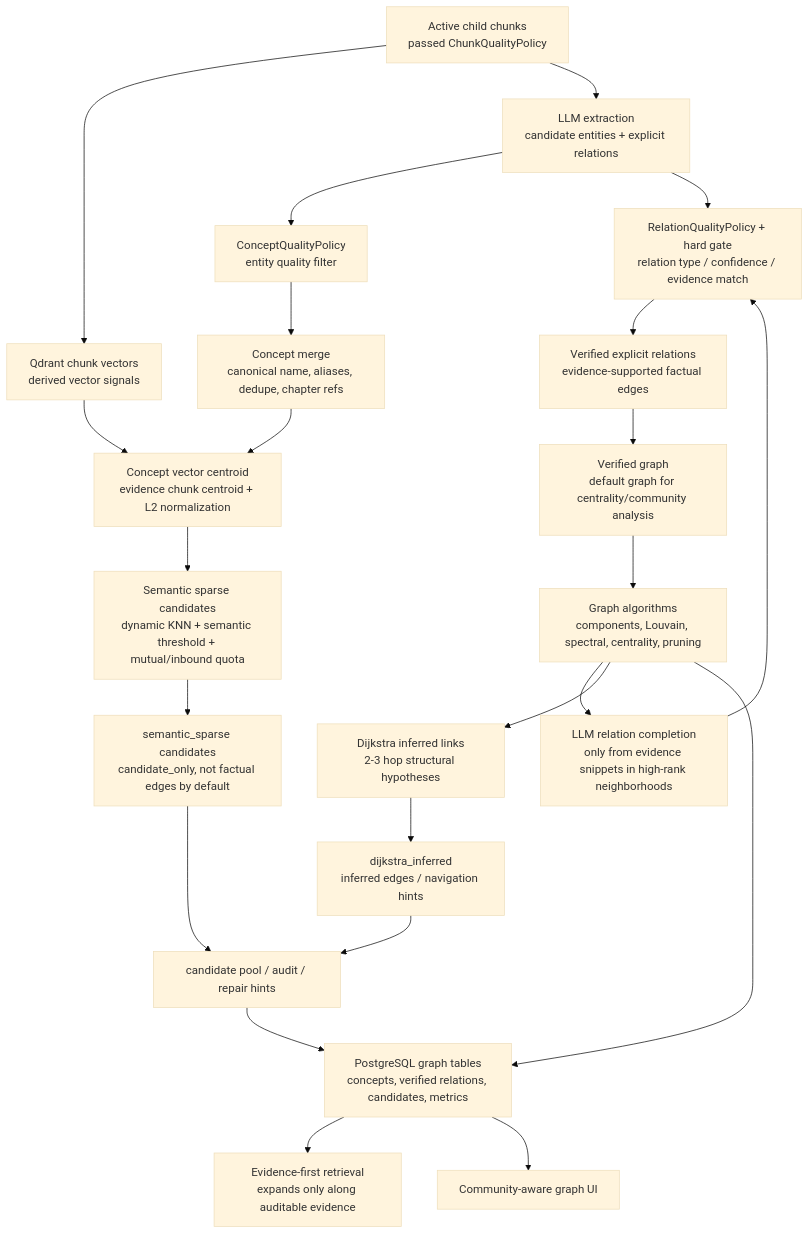
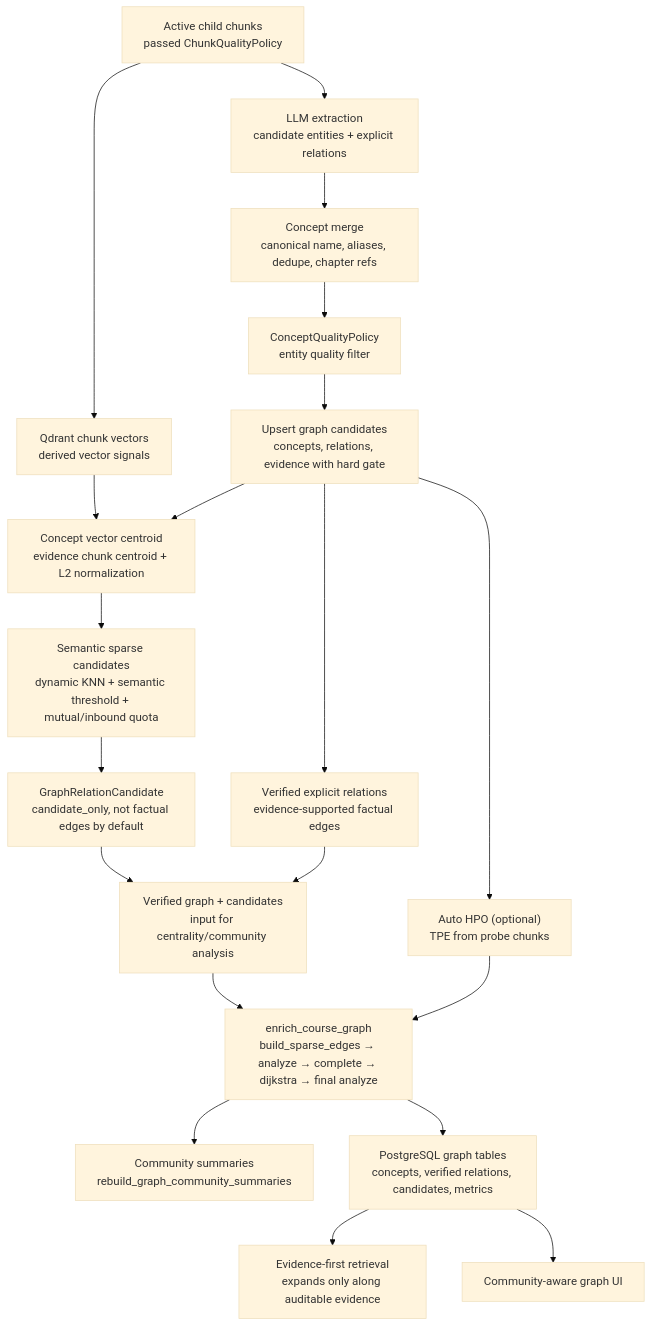
Before and after one commit to Sggggt/SymboGraph: the fourth of 6 diagrams in README.en.md, drawn with Mermaid (base theme). The commit also changed other lines of this file and 32 other files, not shown here.

````diff
--- a/README.en.md
+++ b/README.en.md
@@ -258,29 +362,27 @@
 ```mermaid
 flowchart TB
     CHUNK["Active child chunks<br/>passed ChunkQualityPolicy"] --> VEC["Qdrant chunk vectors<br/>derived vector signals"]
     CHUNK --> LLM["LLM extraction<br/>candidate entities + explicit relations"]
 
-    LLM --> CONCEPT_GATE["ConceptQualityPolicy<br/>entity quality filter"]
-    LLM --> REL_GATE["RelationQualityPolicy + hard gate<br/>relation type / confidence / evidence match"]
-    CONCEPT_GATE --> MERGE["Concept merge<br/>canonical name, aliases, dedupe, chapter refs"]
-    REL_GATE --> EXPLICIT["Verified explicit relations<br/>evidence-supported factual edges"]
+    LLM --> MERGE["Concept merge<br/>canonical name, aliases, dedupe, chapter refs"]
+    MERGE --> CONCEPT_GATE["ConceptQualityPolicy<br/>entity quality filter"]
+    CONCEPT_GATE --> UPSERT["Upsert graph candidates<br/>concepts, relations, evidence with hard gate"]
 
     VEC --> CENTROID["Concept vector centroid<br/>evidence chunk centroid + L2 normalization"]
-    MERGE --> CENTROID
+    UPSERT --> CENTROID
     CENTROID --> SPARSE["Semantic sparse candidates<br/>dynamic KNN + semantic threshold + mutual/inbound quota"]
-    SPARSE --> CANDIDATE["semantic_sparse candidates<br/>candidate_only, not factual edges by default"]
+    SPARSE --> CANDIDATE["GraphRelationCandidate<br/>candidate_only, not factual edges by default"]
 
-    EXPLICIT --> GRAPH["Verified graph<br/>default graph for centrality/community analysis"]
-    CANDIDATE --> GRAPH_AUDIT["candidate pool / audit / repair hints"]
-    GRAPH --> ANALYZE["Graph algorithms<br/>components, Louvain, spectral, centrality, pruning"]
-    ANALYZE --> COMPLETE["LLM relation completion<br/>only from evidence snippets in high-rank neighborhoods"]
-    COMPLETE --> REL_GATE
-    ANALYZE --> DIJK["Dijkstra inferred links<br/>2-3 hop structural hypotheses"]
-    DIJK --> INFERRED["dijkstra_inferred<br/>inferred edges / navigation hints"]
-    INFERRED --> GRAPH_AUDIT
+    UPSERT --> EXPLICIT["Verified explicit relations<br/>evidence-supported factual edges"]
+    CANDIDATE --> GRAPH["Verified graph + candidates<br/>input for centrality/community analysis"]
+    EXPLICIT --> GRAPH
 
-    ANALYZE --> PG["PostgreSQL graph tables<br/>concepts, verified relations, candidates, metrics"]
-    GRAPH_AUDIT --> PG
+    UPSERT --> HPO["Auto HPO (optional)<br/>TPE from probe chunks"]
+    GRAPH --> ENRICH["enrich_course_graph<br/>build_sparse_edges → analyze → complete → dijkstra → final analyze"]
+    HPO --> ENRICH
+    ENRICH --> COMMUNITY["Community summaries<br/>rebuild_graph_community_summaries"]
+    ENRICH --> PG["PostgreSQL graph tables<br/>concepts, verified relations, candidates, metrics"]
+
     PG --> RETRIEVAL["Evidence-first retrieval<br/>expands only along auditable evidence"]
     PG --> UI["Community-aware graph UI"]
 ```
````
